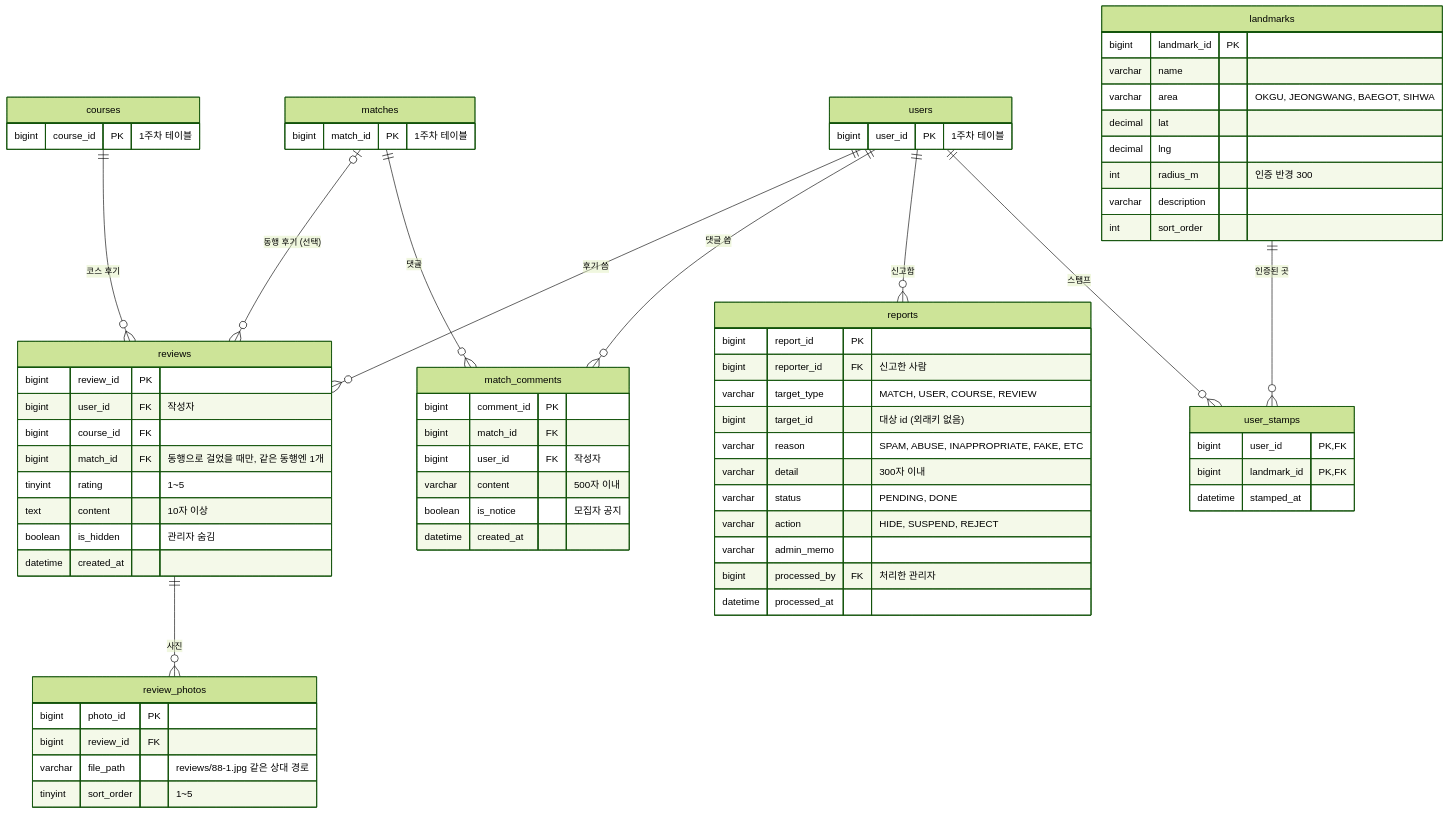
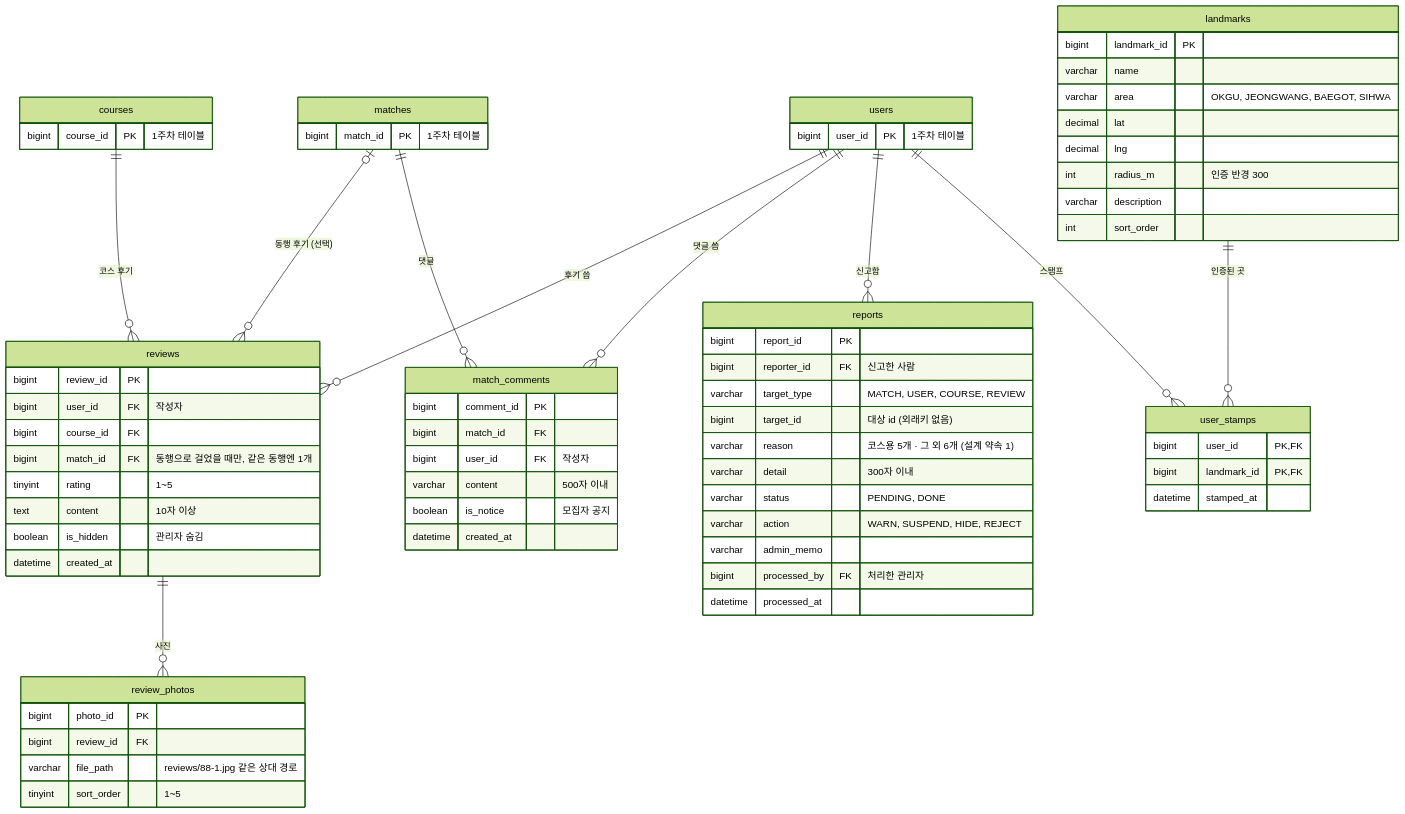
The diagram in docs/images/erd-week2.mmd (AnemoneCoronaria/Team_walk), drawn with Mermaid (forest theme) before and after one commit. The commit also changed 19 other files, not shown here.

```diff
--- a/docs/images/erd-week2.mmd
+++ b/docs/images/erd-week2.mmd
@@ -1,72 +1,72 @@
 erDiagram
     matches |o--o{ reviews : "동행 후기 (선택)"
     courses ||--o{ reviews : "코스 후기"
     users ||--o{ reviews : "후기 씀"
     reviews ||--o{ review_photos : "사진"
     matches ||--o{ match_comments : "댓글"
     users ||--o{ match_comments : "댓글 씀"
     users ||--o{ reports : "신고함"
     users ||--o{ user_stamps : "스탬프"
     landmarks ||--o{ user_stamps : "인증된 곳"
 
 users {
         bigint user_id PK "1주차 테이블"
     }
     courses {
         bigint course_id PK "1주차 테이블"
     }
     matches {
         bigint match_id PK "1주차 테이블"
     }
     reviews {
         bigint review_id PK
         bigint user_id FK "작성자"
         bigint course_id FK
         bigint match_id FK "동행으로 걸었을 때만, 같은 동행엔 1개"
         tinyint rating "1~5"
         text content "10자 이상"
         boolean is_hidden "관리자 숨김"
         datetime created_at
     }
     review_photos {
         bigint photo_id PK
         bigint review_id FK
         varchar file_path "reviews/88-1.jpg 같은 상대 경로"
         tinyint sort_order "1~5"
     }
     match_comments {
         bigint comment_id PK
         bigint match_id FK
         bigint user_id FK "작성자"
         varchar content "500자 이내"
         boolean is_notice "모집자 공지"
         datetime created_at
     }
     reports {
         bigint report_id PK
         bigint reporter_id FK "신고한 사람"
         varchar target_type "MATCH, USER, COURSE, REVIEW"
         bigint target_id "대상 id (외래키 없음)"
-        varchar reason "SPAM, ABUSE, INAPPROPRIATE, FAKE, ETC"
+        varchar reason "코스용 5개 · 그 외 6개 (설계 약속 1)"
         varchar detail "300자 이내"
         varchar status "PENDING, DONE"
-        varchar action "HIDE, SUSPEND, REJECT"
+        varchar action "WARN, SUSPEND, HIDE, REJECT"
         varchar admin_memo
         bigint processed_by FK "처리한 관리자"
         datetime processed_at
     }
     user_stamps {
         bigint user_id PK, FK
         bigint landmark_id PK, FK
         datetime stamped_at
     }
     landmarks {
         bigint landmark_id PK
         varchar name
         varchar area "OKGU, JEONGWANG, BAEGOT, SIHWA"
         decimal lat
         decimal lng
         int radius_m "인증 반경 300"
         varchar description
         int sort_order
     }
```
